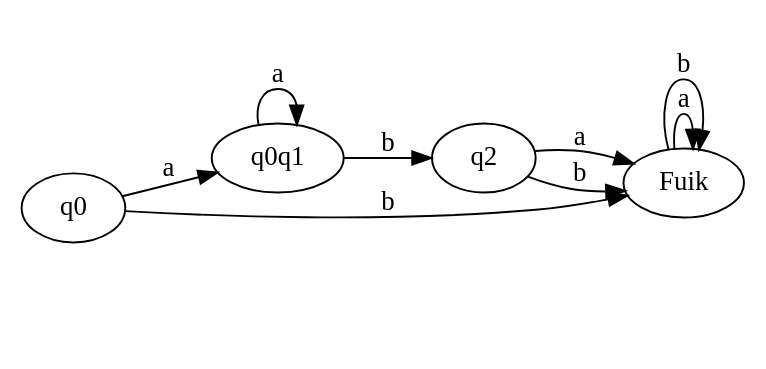
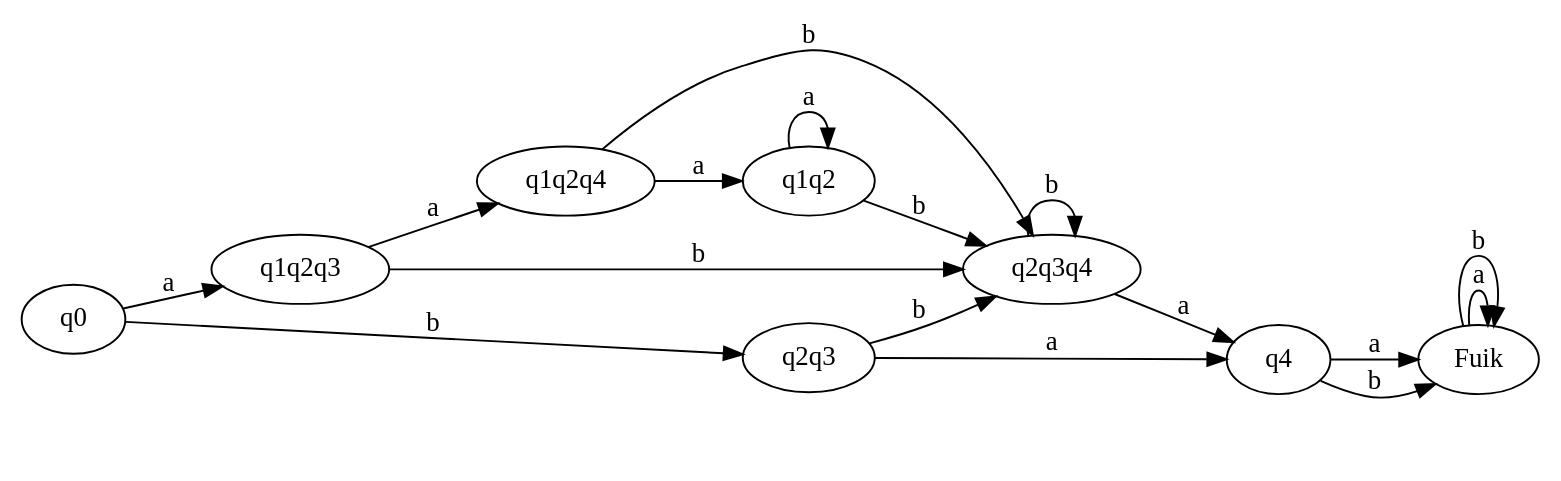
Before and after one commit to bas200o/formele-methoden: the diagram in formele_methoden/graphs/graph_2.dot, drawn with Graphviz. The commit also changed 8 other files, not shown here.

```diff
--- a/formele_methoden/graphs/graph_2.dot
+++ b/formele_methoden/graphs/graph_2.dot
@@ -1,12 +1,20 @@
 digraph graph_2
 {
 	rankdir =  LR; node_start [label = "", shape = none]; 
-	q0 -> q0q1 [label=a]; 
-	q0 -> Fuik [label=b]; 
-	q0q1 -> q0q1 [label=a]; 
-	q0q1 -> q2 [label=b]; 
+	q0 -> q1q2q3 [label=a]; 
+	q0 -> q2q3 [label=b]; 
+	q1q2q3 -> q1q2q4 [label=a]; 
+	q1q2q3 -> q2q3q4 [label=b]; 
+	q2q3 -> q4 [label=a]; 
+	q2q3 -> q2q3q4 [label=b]; 
+	q1q2q4 -> q1q2 [label=a]; 
+	q1q2q4 -> q2q3q4 [label=b]; 
+	q2q3q4 -> q4 [label=a]; 
+	q2q3q4 -> q2q3q4 [label=b]; 
+	q4 -> Fuik [label=a]; 
+	q4 -> Fuik [label=b]; 
+	q1q2 -> q1q2 [label=a]; 
+	q1q2 -> q2q3q4 [label=b]; 
 	Fuik -> Fuik [label=a]; 
 	Fuik -> Fuik [label=b]; 
-	q2 -> Fuik [label=a]; 
-	q2 -> Fuik [label=b]; 
 }
```
